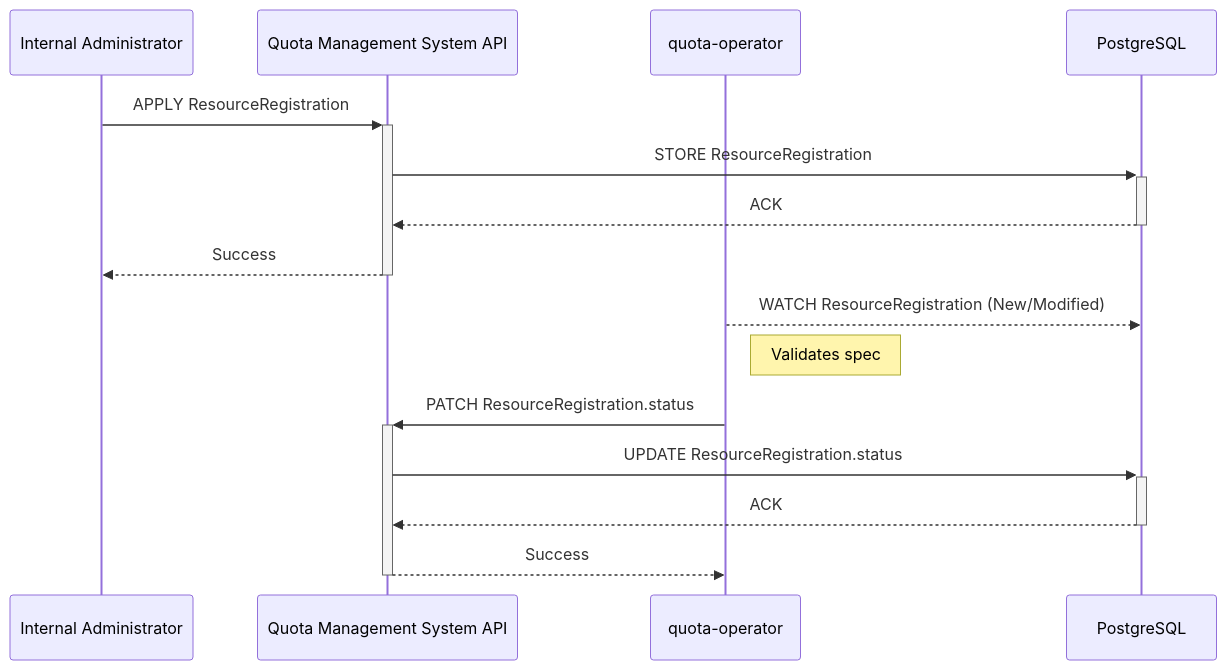
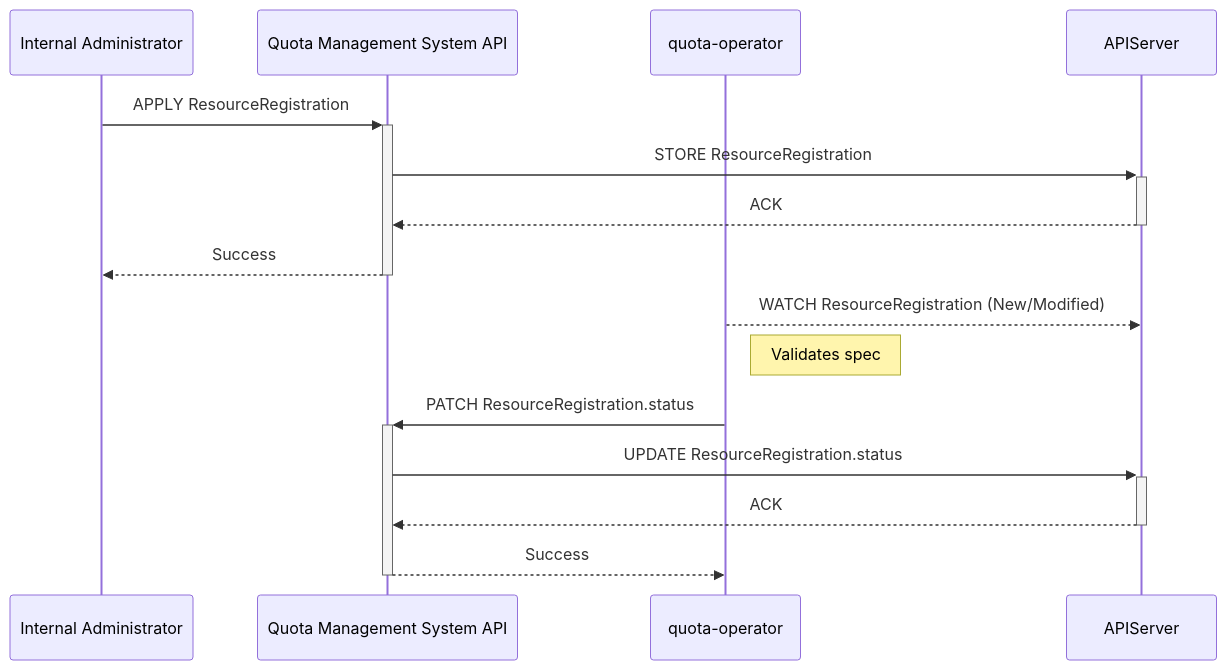
The third of 6 diagrams in enhancements/platform/quota-management/README.md (datum-cloud/enhancements), drawn with Mermaid before and after one commit. The commit also changed other lines of this file, not shown here.

Commit message:
chore(quota): removes specific references to postgres as data store

````diff
--- a/enhancements/platform/quota-management/README.md
+++ b/enhancements/platform/quota-management/README.md
@@ -1310,20 +1310,20 @@
 ```mermaid
 %% Sequence Diagram - Prerequisite 1: Service Quota Definition Registration
 sequenceDiagram
     participant Admin as Internal Administrator
     participant QuotaAPI as Quota Management System API
     participant QuotaOperator as quota-operator
-    participant DB as PostgreSQL
+    participant APIServer as APIServer
 
     Admin->>+QuotaAPI: APPLY ResourceRegistration
-    QuotaAPI->>+DB: STORE ResourceRegistration
-    DB-->>-QuotaAPI: ACK
+    QuotaAPI->>+APIServer: STORE ResourceRegistration
+    APIServer-->>-QuotaAPI: ACK
     QuotaAPI-->>-Admin: Success
 
-    QuotaOperator-->>DB: WATCH ResourceRegistration (New/Modified)
+    QuotaOperator-->>APIServer: WATCH ResourceRegistration (New/Modified)
     note right of QuotaOperator: Validates spec
     QuotaOperator->>+QuotaAPI: PATCH ResourceRegistration.status
-    QuotaAPI->>+DB: UPDATE ResourceRegistration.status
-    DB-->>-QuotaAPI: ACK
+    QuotaAPI->>+APIServer: UPDATE ResourceRegistration.status
+    APIServer-->>-QuotaAPI: ACK
     QuotaAPI-->>-QuotaOperator: Success
 ```
````
